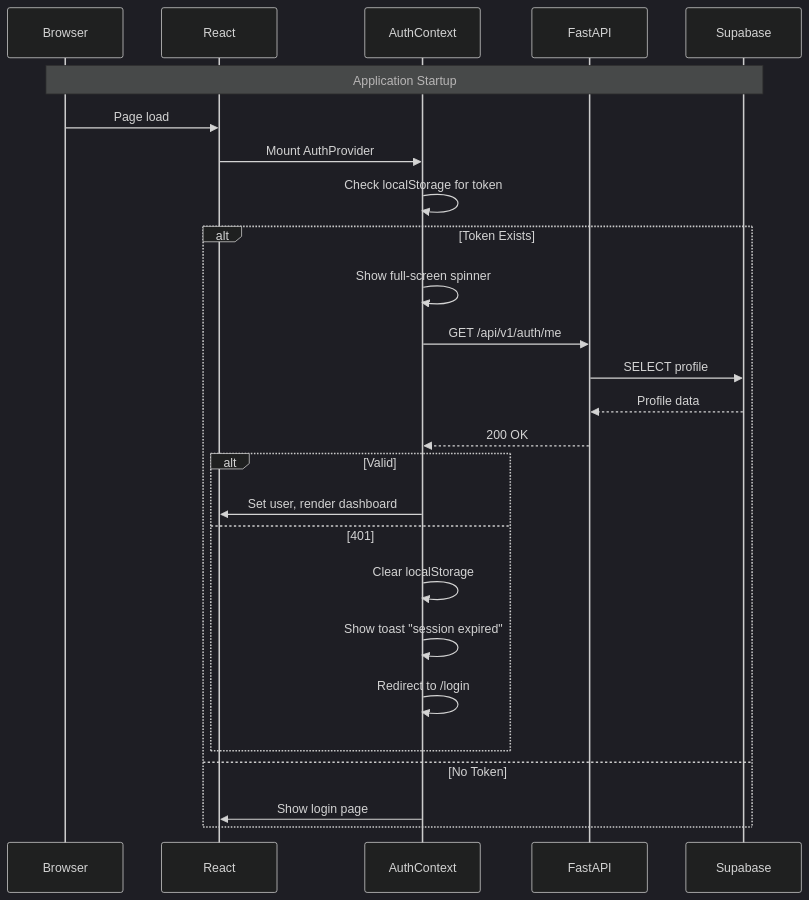
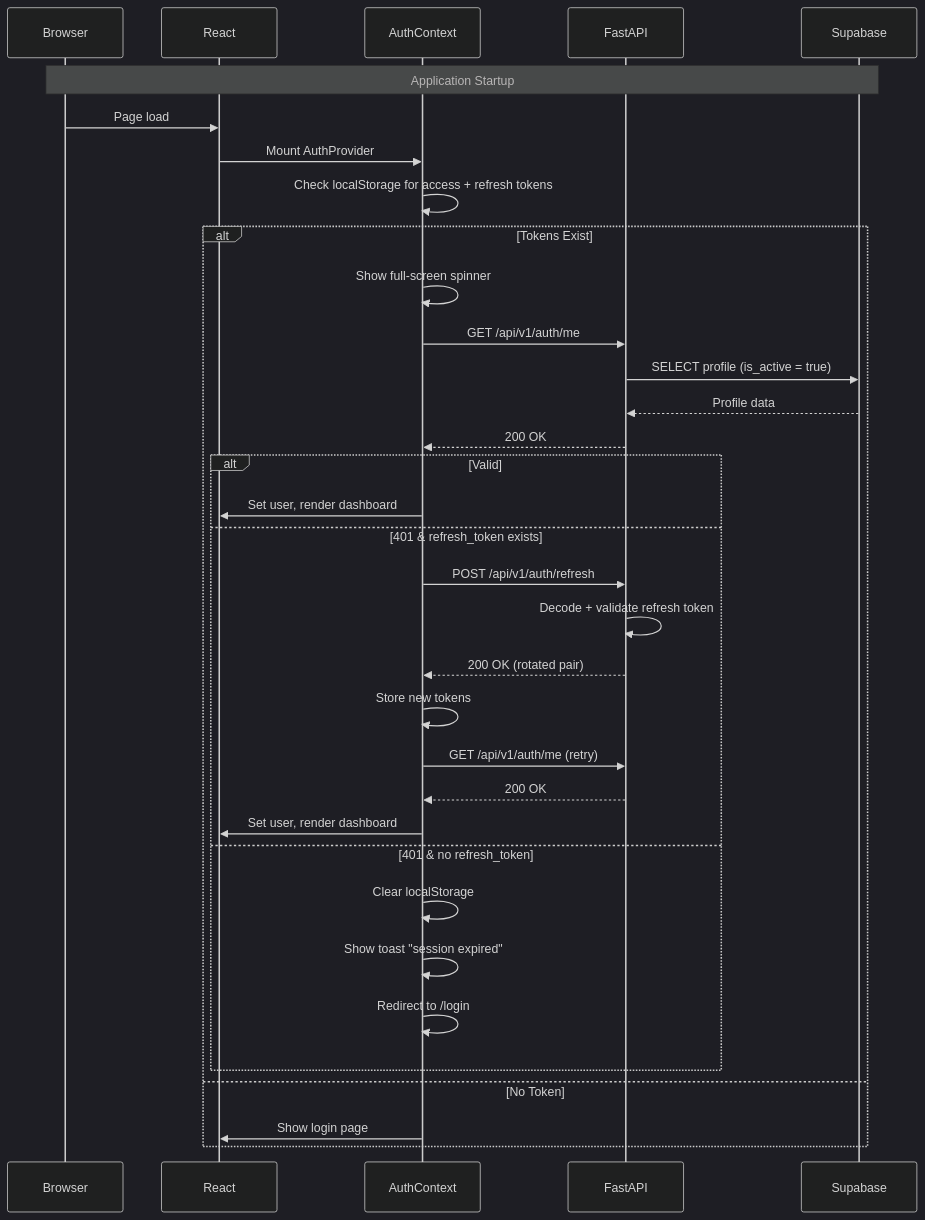
The second of 7 diagrams in README.md (nkhlxdhmn/veticare), drawn with Mermaid (dark theme) before and after one commit. The commit also changed other lines of this file and 10 other files, not shown here.

````diff
--- a/README.md
+++ b/README.md
@@ -273,32 +277,40 @@
 ```mermaid
 sequenceDiagram
     participant Browser
     participant React
     participant AuthCtx as AuthContext
     participant API as FastAPI
     participant DB as Supabase
 
     Note over Browser,DB: Application Startup
     Browser->>React: Page load
     React->>AuthCtx: Mount AuthProvider
     
-    AuthCtx->>AuthCtx: Check localStorage for token
+    AuthCtx->>AuthCtx: Check localStorage for access + refresh tokens
     
-    alt Token Exists
+    alt Tokens Exist
         AuthCtx->>AuthCtx: Show full-screen spinner
         AuthCtx->>API: GET /api/v1/auth/me
-        API->>DB: SELECT profile
+        API->>DB: SELECT profile (is_active = true)
         DB-->>API: Profile data
         API-->>AuthCtx: 200 OK
         
         alt Valid
             AuthCtx->>React: Set user, render dashboard
-        else 401
+        else 401 & refresh_token exists
+            AuthCtx->>API: POST /api/v1/auth/refresh
+            API->>API: Decode + validate refresh token
+            API-->>AuthCtx: 200 OK (rotated pair)
+            AuthCtx->>AuthCtx: Store new tokens
+            AuthCtx->>API: GET /api/v1/auth/me (retry)
+            API-->>AuthCtx: 200 OK
+            AuthCtx->>React: Set user, render dashboard
+        else 401 & no refresh_token
             AuthCtx->>AuthCtx: Clear localStorage
             AuthCtx->>AuthCtx: Show toast "session expired"
             AuthCtx->>AuthCtx: Redirect to /login
         end
     else No Token
         AuthCtx->>React: Show login page
     end
 ```
````
